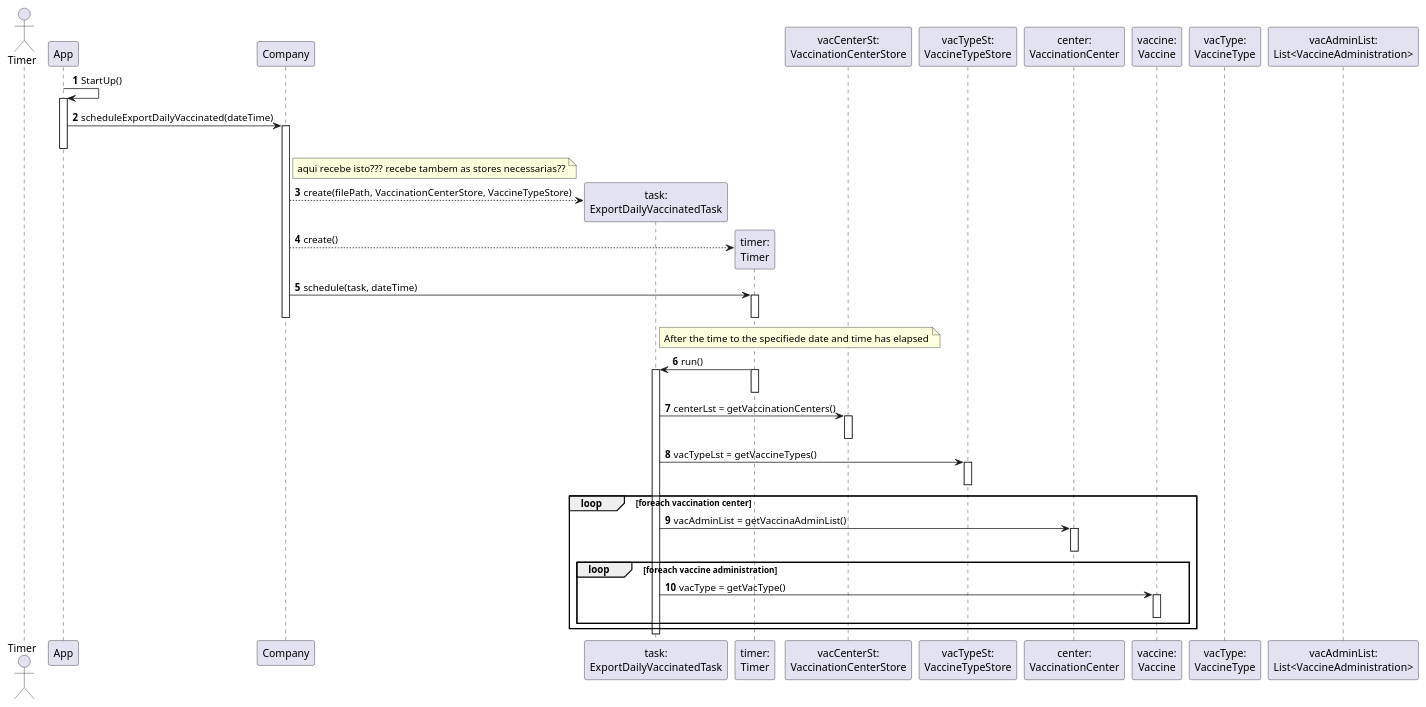
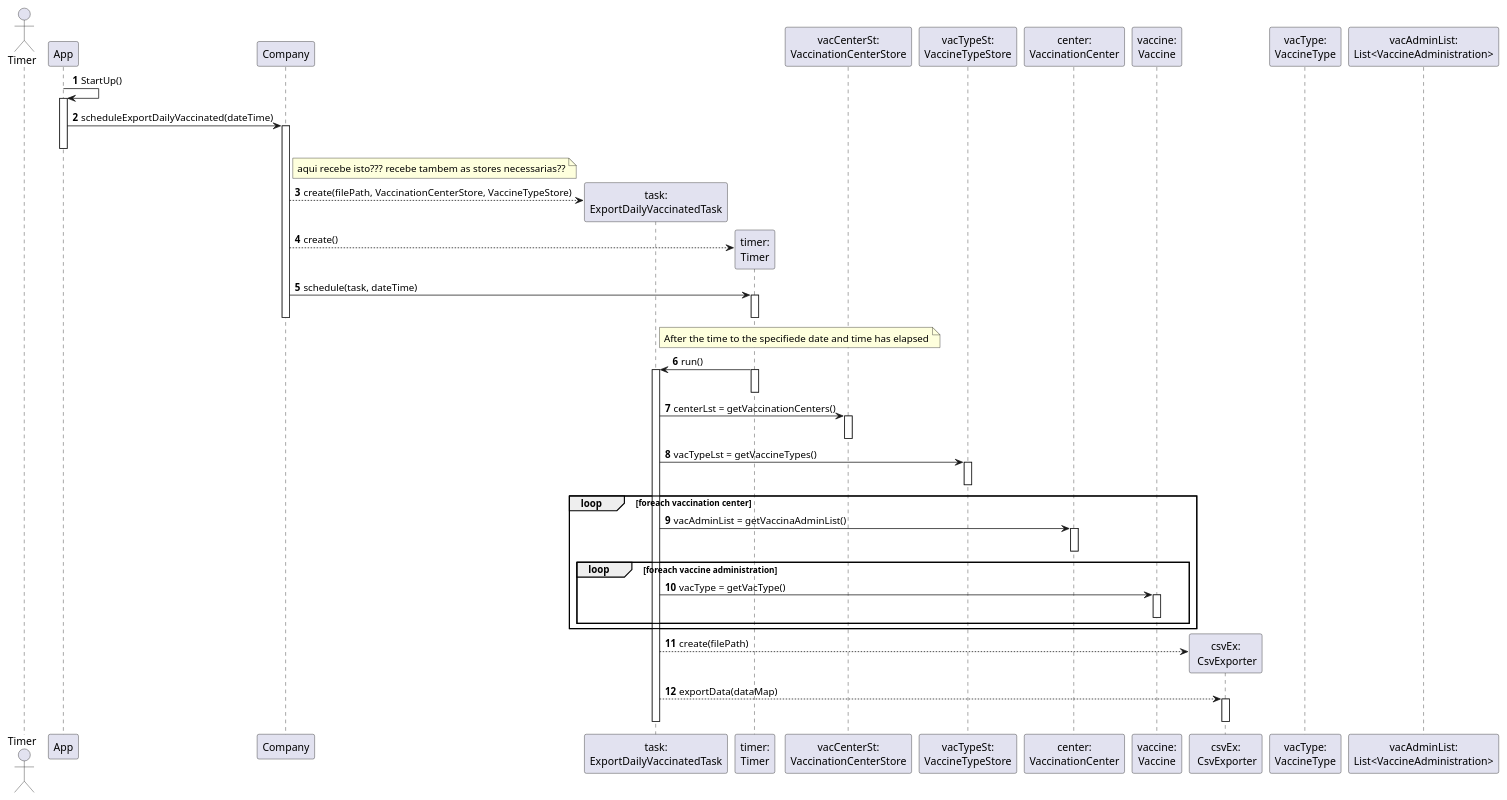
The diagram in docs/SprintD/US06/SD/US06_SD.puml (miseEnPlace-i/lapr2), drawn with PlantUML before and after one commit.

Commit message:
docs: feat SD exporter

```diff
--- a/docs/SprintD/US06/SD/US06_SD.puml
+++ b/docs/SprintD/US06/SD/US06_SD.puml
@@ -1,71 +1,78 @@
 @startuml
 autonumber
 'hide footbox
 actor "Timer" as ACTOR
 
 participant "App" as APP
 participant "Company" as COMP
 participant "task:\nExportDailyVaccinatedTask" as TASK
 participant "timer:\nTimer" as TIMER
 participant "vacCenterSt:\nVaccinationCenterStore" as VCST
 participant "vacTypeSt:\nVaccineTypeStore" as VTST
 participant "center:\nVaccinationCenter" as CENTER
 participant "vaccine:\nVaccine" as VAC
+participant "csvEx:\n CsvExporter" as CSVEX
 participant "vacType:\nVaccineType" as VACTYPE
 participant "vacAdminList:\nList<VaccineAdministration>" as VALST
 
 
 
 APP -> APP : StartUp()
 activate APP
     APP -> COMP : scheduleExportDailyVaccinated(dateTime)
     activate COMP
 
     deactivate APP
 
         note right of COMP
             aqui recebe isto??? recebe tambem as stores necessarias??
         end note 
         COMP --> TASK ** : create(filePath, VaccinationCenterStore, VaccineTypeStore)
 
         COMP --> TIMER ** : create()
 
         COMP -> TIMER : schedule(task, dateTime)
         activate TIMER
         deactivate TIMER
 
         note right TASK 
             After the time to the specifiede date and time has elapsed
         end note 
         
     deactivate COMP
 
         TIMER -> TASK : run()
         activate TIMER
         deactivate TIMER
         activate TASK
             TASK -> VCST : centerLst = getVaccinationCenters()
             activate VCST
             deactivate VCST
 
             TASK -> VTST : vacTypeLst = getVaccineTypes()
             activate VTST
             deactivate VTST
 
             loop foreach vaccination center
                 TASK -> CENTER : vacAdminList = getVaccinaAdminList()
                 activate CENTER
                 deactivate CENTER
 
                 loop foreach vaccine administration
                     TASK -> VAC : vacType = getVacType()
                     activate VAC
                     deactivate VAC
                 end
             end
+
+            TASK --> CSVEX ** : create(filePath)
+            TASK --> CSVEX : exportData(dataMap)
+            activate CSVEX
+            deactivate CSVEX
+
         deactivate TASK
 
 
 
 
 @enduml 
```
